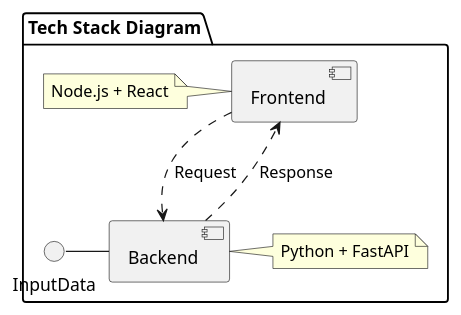
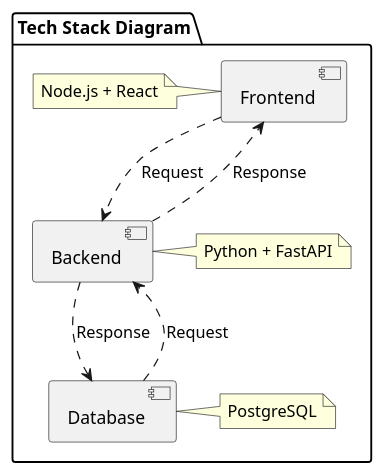
Before and after one commit to Ganic-Ismar/pblv: the diagram in assets/components.plantuml, drawn with PlantUML. The commit also changed 1 other file, not shown here.

Commit message:
Add Database component to Tech Stack Diagram

```diff
--- a/assets/components.plantuml
+++ b/assets/components.plantuml
@@ -1,19 +1,25 @@
 @startuml component_diagram
 
 package "Tech Stack Diagram" {
     [Frontend] as F
     [Backend] as B
+    [Database] as DB
 
     note left of F
     Node.js + React
     end note
 
     note right of B
     Python + FastAPI
     end note
 
+    note right of DB
+    PostgreSQL
+    end note
+
     F ..> B : Request
     B ..> F : Response
-    InputData - B
+    DB ..> B : Request
+    B ..> DB : Response
 }
 @enduml
```
